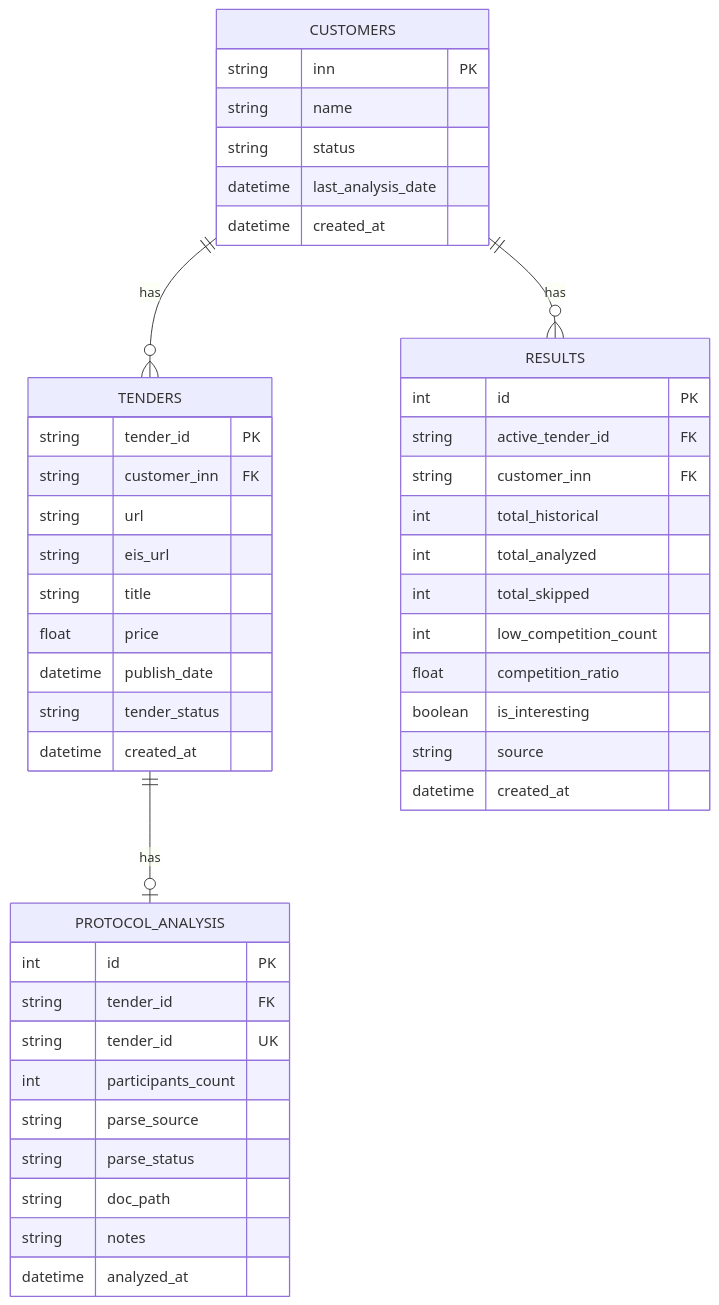
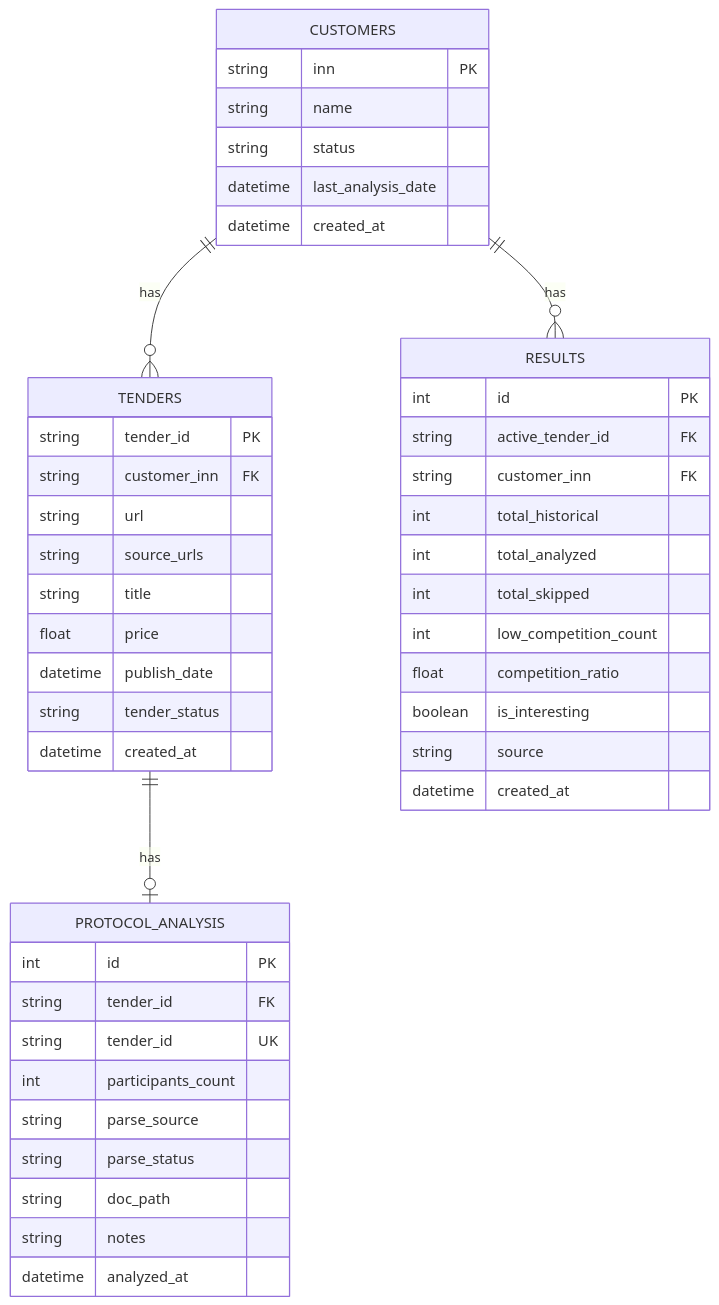
One commit to volk6022/rostender-parse changed the ninth of 11 diagrams in STRUCTURE.md. Above: the diagram before and after it, drawn with Mermaid. The commit also changed other lines of this file and 16 other files, not shown here.

````diff
--- a/STRUCTURE.md
+++ b/STRUCTURE.md
@@ -445,52 +453,52 @@
 ```mermaid
 erDiagram
     CUSTOMERS ||--o{ TENDERS : "has"
     TENDERS ||--o| PROTOCOL_ANALYSIS : "has"
     CUSTOMERS ||--o{ RESULTS : "has"
 
     CUSTOMERS {
         string inn PK
         string name
         string status
         datetime last_analysis_date
         datetime created_at
     }
 
     TENDERS {
         string tender_id PK
         string customer_inn FK
         string url
-        string eis_url
+        string source_urls
         string title
         float price
         datetime publish_date
         string tender_status
         datetime created_at
     }
 
     PROTOCOL_ANALYSIS {
         int id PK
         string tender_id FK
         string tender_id UK
         int participants_count
         string parse_source
         string parse_status
         string doc_path
         string notes
         datetime analyzed_at
     }
 
     RESULTS {
         int id PK
         string active_tender_id FK
         string customer_inn FK
         int total_historical
         int total_analyzed
         int total_skipped
         int low_competition_count
         float competition_ratio
         boolean is_interesting
         string source
         datetime created_at
     }
 ```
````
